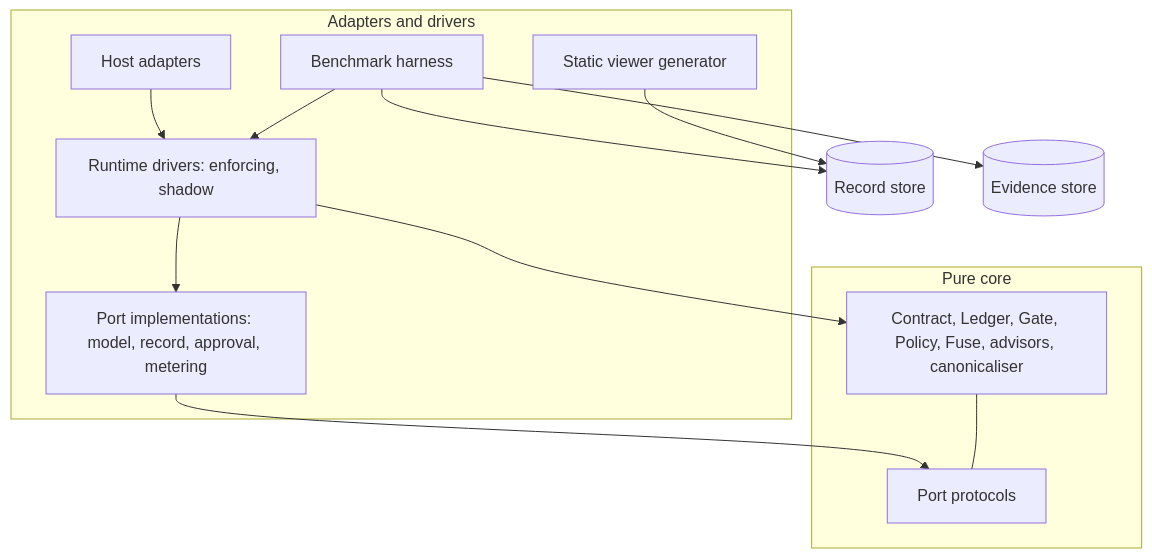
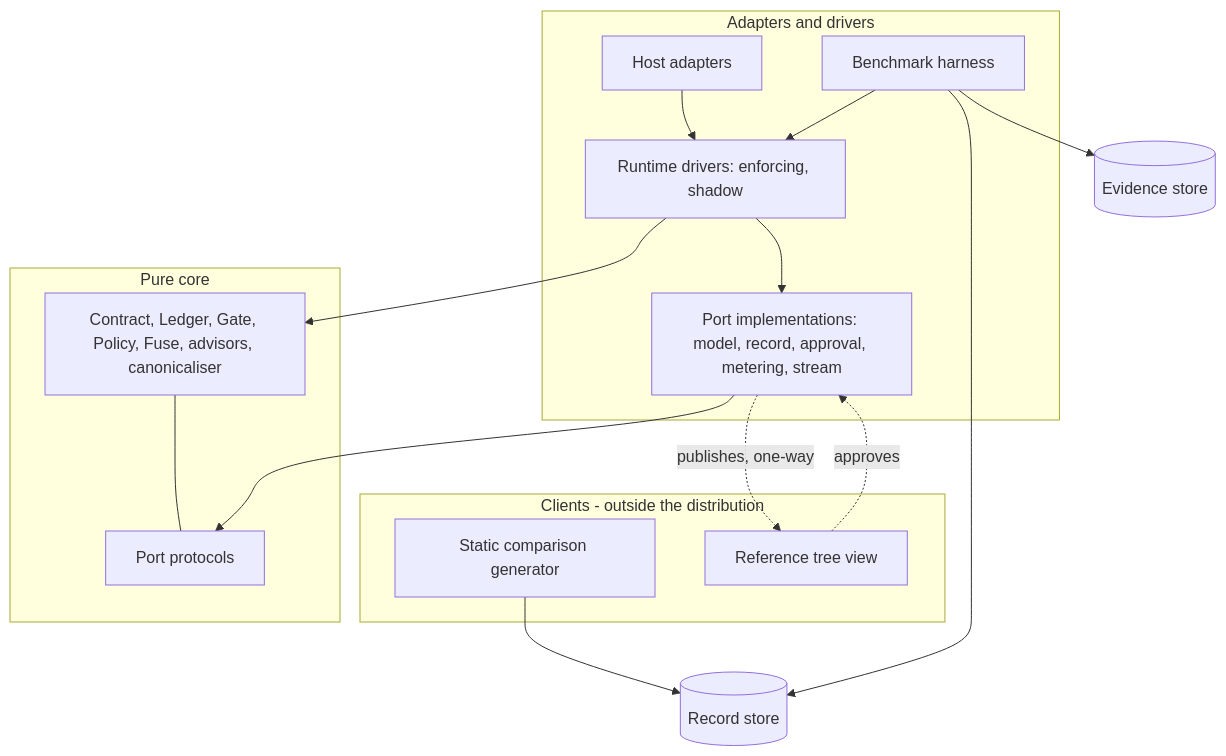
The first of 2 diagrams in _bmad-output/planning-artifacts/architecture/architecture-OutcomeFuse-2026-09-07/SOLUTION-DESIGN.md (gsdhinesh/OutcomeFuse), drawn with Mermaid before and after one commit. The commit also changed other lines of this file and 49 other files, not shown here.

````diff
--- a/_bmad-output/planning-artifacts/architecture/architecture-OutcomeFuse-2026-09-07/SOLUTION-DESIGN.md
+++ b/_bmad-output/planning-artifacts/architecture/architecture-OutcomeFuse-2026-09-07/SOLUTION-DESIGN.md
@@ -54,23 +54,28 @@
 ```mermaid
 flowchart TD
   subgraph outside["Adapters and drivers"]
     HOST["Host adapters"]
     RT["Runtime drivers: enforcing, shadow"]
-    IMPL["Port implementations: model, record, approval, metering"]
+    IMPL["Port implementations: model, record, approval, metering, stream"]
     HARNESS["Benchmark harness"]
-    VIEW["Static viewer generator"]
+  end
+  subgraph clients["Clients - outside the distribution"]
+    VIEW["Static comparison generator"]
+    TREE["Reference tree view"]
   end
   subgraph inside["Pure core"]
     CORE["Contract, Ledger, Gate, Policy, Fuse, advisors, canonicaliser"]
     PORTS["Port protocols"]
   end
   HOST --> RT
   RT --> CORE
   RT --> IMPL
   IMPL --> PORTS
   CORE --- PORTS
   HARNESS --> RT
   HARNESS --> STORE[("Record store")]
   HARNESS --> EV[("Evidence store")]
+  IMPL -. "publishes, one-way" .-> TREE
+  TREE -. "approves" .-> IMPL
   VIEW --> STORE
 ```
````
